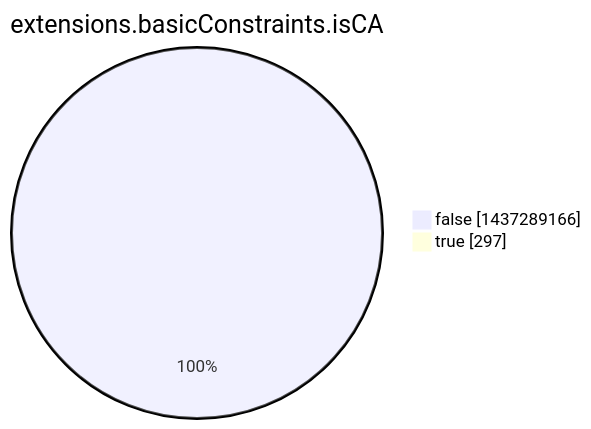
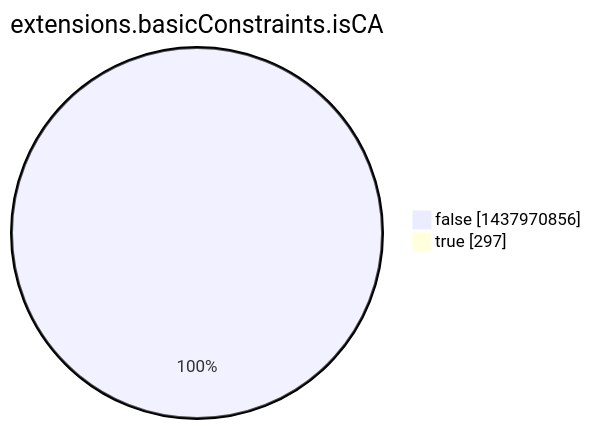
One commit to christiankrug/ctmonitor_visualization changed the eighth of 15 diagrams in argon2022/README.md. Above: the diagram before and after it, drawn with Mermaid. The commit also changed other lines of this file, not shown here.

````diff
--- a/argon2022/README.md
+++ b/argon2022/README.md
@@ -2760,6 +2760,6 @@
 ```mermaid
 pie showData
 title extensions.basicConstraints.isCA
-"false" :1437289166
+"false" :1437970856
 "true" :297
 ```
````
